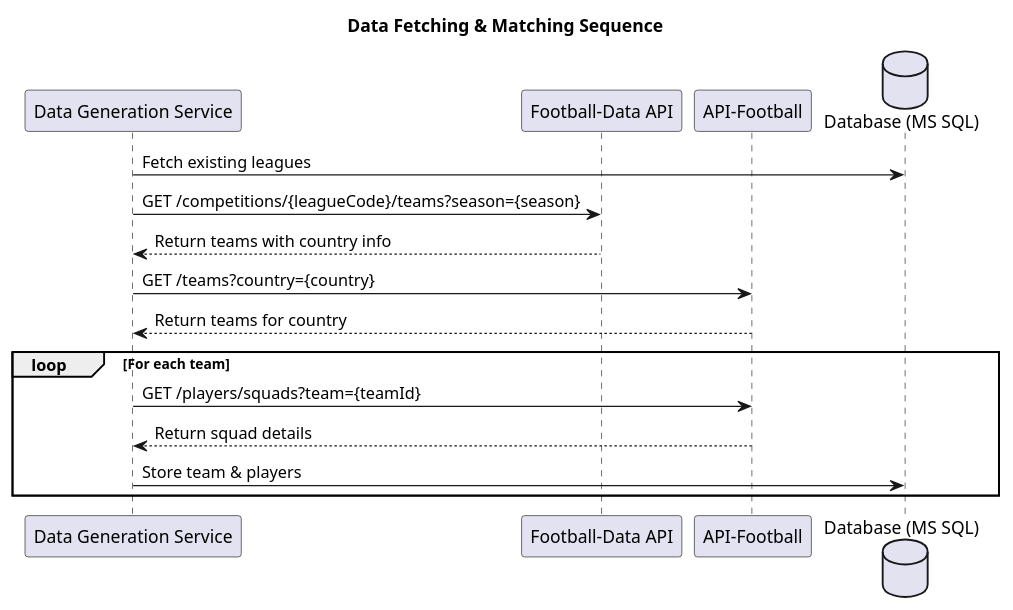
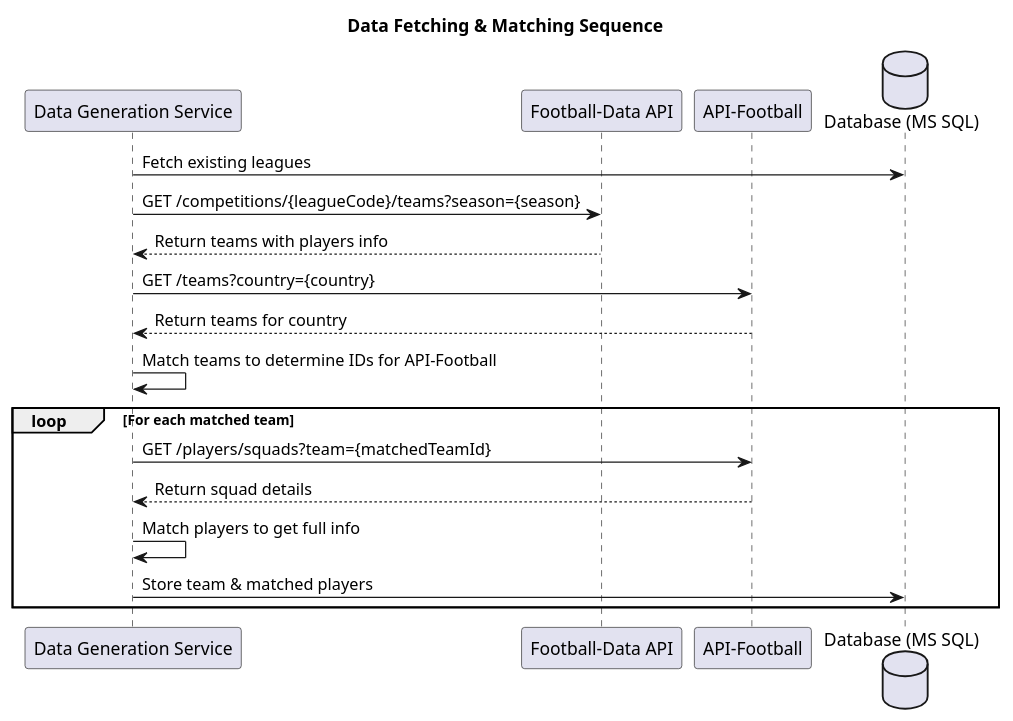
One commit to DmytroYevtushenko/epl-squad-finder changed the diagram in docs/diagrams/data population flow.pu. Above: the diagram before and after it, drawn with PlantUML. The commit also changed 1 other file, not shown here.

Commit message:
Add some details to sequence diagram

```diff
--- a/docs/diagrams/data population flow.pu
+++ b/docs/diagrams/data population flow.pu
@@ -1,23 +1,28 @@
 @startuml data_population_flow
 title Data Fetching & Matching Sequence
 
 participant "Data Generation Service" as DGS
 participant "Football-Data API" as FDA
 participant "API-Football" as APIF
 database "Database (MS SQL)" as DB
 
 DGS -> DB: Fetch existing leagues
 
 DGS -> FDA: GET /competitions/{leagueCode}/teams?season={season}
-FDA --> DGS: Return teams with country info
+FDA --> DGS: Return teams with players info
 
 DGS -> APIF: GET /teams?country={country}
 APIF --> DGS: Return teams for country
 
-loop For each team
-    DGS -> APIF: GET /players/squads?team={teamId}
+DGS -> DGS: Match teams to determine IDs for API-Football
+
+loop For each matched team
+    DGS -> APIF: GET /players/squads?team={matchedTeamId}
     APIF --> DGS: Return squad details
 
-    DGS -> DB: Store team & players
+    DGS -> DGS: Match players to get full info
+
+    DGS -> DB: Store team & matched players
 end loop
+
 @enduml
```
